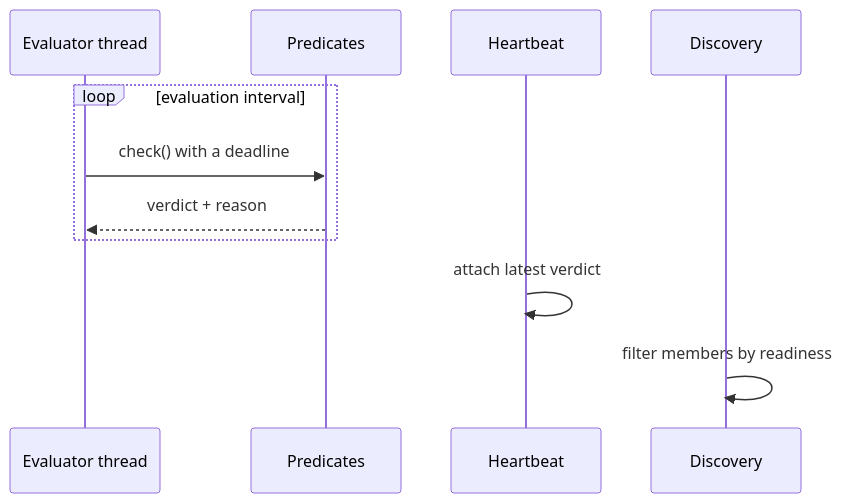
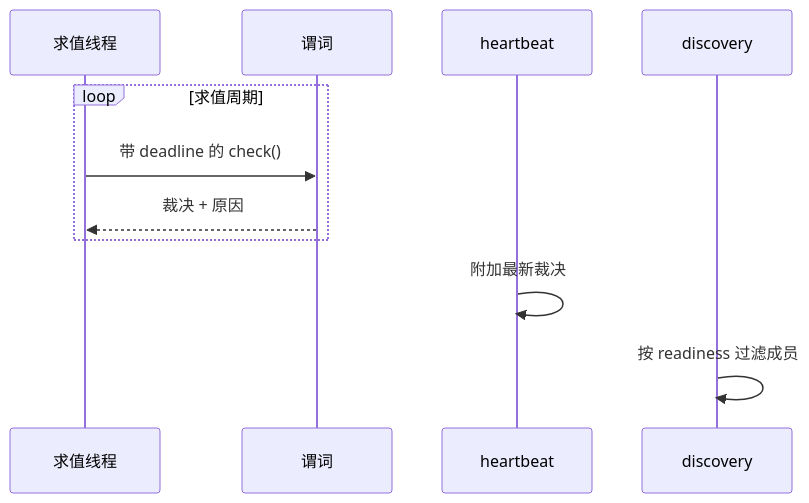
Before and after one commit to HSPK/tinyray: the second of 2 diagrams in docs/03-modules/04-readiness.md, drawn with Mermaid. The commit also changed other lines of this file and 33 other files, not shown here.

````diff
--- a/docs/03-modules/04-readiness.md
+++ b/docs/03-modules/04-readiness.md
@@ -87,14 +83,14 @@
 ```mermaid
 sequenceDiagram
-    participant E as Evaluator thread
-    participant P as Predicates
-    participant H as Heartbeat
-    participant D as Discovery
+    participant E as 求值线程
+    participant P as 谓词
+    participant H as heartbeat
+    participant D as discovery
 
-    loop evaluation interval
-        E->>P: check() with a deadline
-        P-->>E: verdict + reason
+    loop 求值周期
+        E->>P: 带 deadline 的 check()
+        P-->>E: 裁决 + 原因
     end
-    H->>H: attach latest verdict
-    D->>D: filter members by readiness
+    H->>H: 附加最新裁决
+    D->>D: 按 readiness 过滤成员
 ```
````
